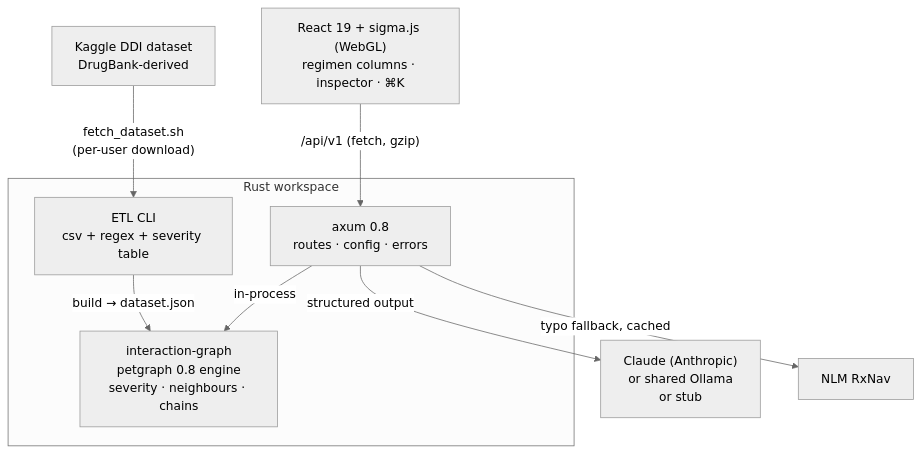
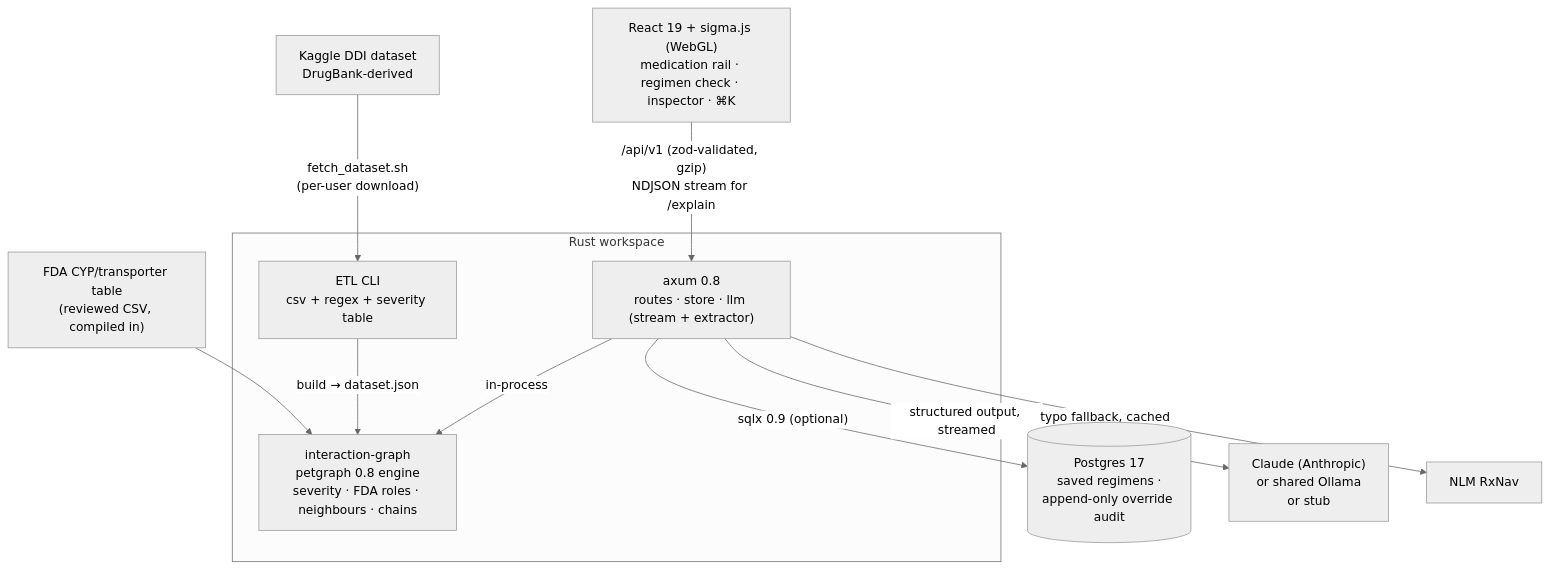
Before and after one commit to akarales/drug-interaction-visualizer: the diagram in README.md, drawn with Mermaid (neutral theme). The commit also changed other lines of this file and 274 other files, not shown here.

First line of the commit message:
release: v3.0.0 — FDA direction, audit trail, streaming AI, new workspace

````diff
--- a/README.md
+++ b/README.md
@@ -61,12 +86,14 @@
 ```mermaid
 flowchart TD
-    FE["React 19 + sigma.js (WebGL)<br/>regimen columns · inspector · ⌘K"] -->|"/api/v1 (fetch, gzip)"| API
+    FE["React 19 + sigma.js (WebGL)<br/>medication rail · regimen check · inspector · ⌘K"] -->|"/api/v1 (zod-validated, gzip)<br/>NDJSON stream for /explain"| API
     subgraph SERVICE["Rust workspace"]
-        API["axum 0.8<br/>routes · config · errors"] -->|in-process| ENG
-        ENG["interaction-graph<br/>petgraph 0.8 engine<br/>severity · neighbours · chains"]
+        API["axum 0.8<br/>routes · store · llm (stream + extractor)"] -->|in-process| ENG
+        ENG["interaction-graph<br/>petgraph 0.8 engine<br/>severity · FDA roles · neighbours · chains"]
         CLI["ETL CLI<br/>csv + regex + severity table"] -->|"build → dataset.json"| ENG
     end
-    API -->|"structured output"| LLM["Claude (Anthropic)<br/>or shared Ollama<br/>or stub"]
+    API -->|"sqlx 0.9 (optional)"| PG[("Postgres 17<br/>saved regimens ·<br/>append-only override audit")]
+    API -->|"structured output, streamed"| LLM["Claude (Anthropic)<br/>or shared Ollama<br/>or stub"]
     API -->|"typo fallback, cached"| RX["NLM RxNav"]
     KAG["Kaggle DDI dataset<br/>DrugBank-derived"] -->|"fetch_dataset.sh<br/>(per-user download)"| CLI
+    FDA["FDA CYP/transporter table<br/>(reviewed CSV, compiled in)"] --> ENG
 ```
````
